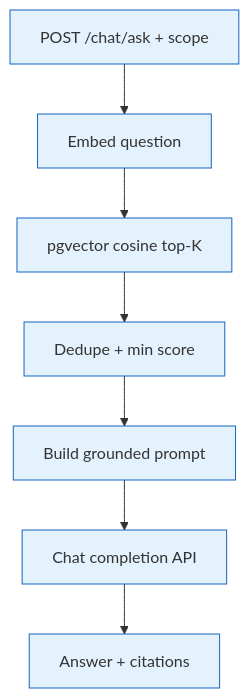
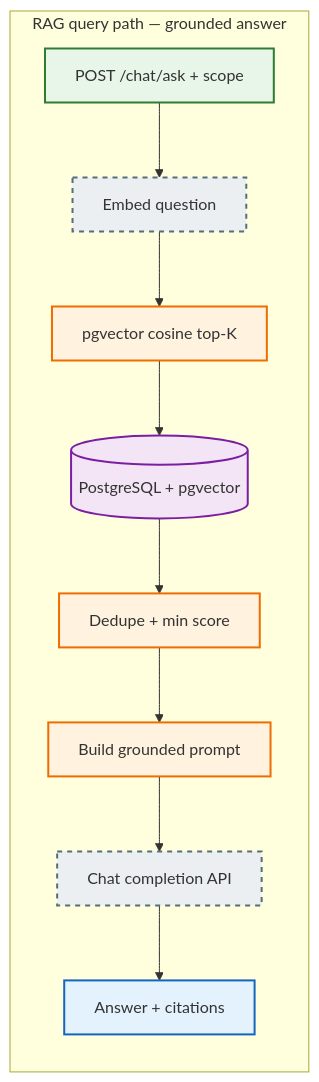
One commit to yeluru/openrag changed the diagram in docs/diagrams/sources/06-rag-query-path.mmd. Above: the diagram before and after it, drawn with Mermaid. The commit also changed 1 other file, not shown here.

Commit message:
mermaid diagram yml update

```diff
--- a/docs/diagrams/sources/06-rag-query-path.mmd
+++ b/docs/diagrams/sources/06-rag-query-path.mmd
@@ -1,9 +1,17 @@
 flowchart TB
-  classDef step fill:#E3F2FD,stroke:#1565C0
+  classDef client fill:#E3F2FD,stroke:#1565C0,stroke-width:2px
+  classDef app fill:#E8F5E9,stroke:#2E7D32,stroke-width:2px
+  classDef domain fill:#FFF3E0,stroke:#EF6C00,stroke-width:2px
+  classDef data fill:#F3E5F5,stroke:#7B1FA2,stroke-width:2px
+  classDef ext fill:#ECEFF1,stroke:#546E7A,stroke-width:2px,stroke-dasharray: 5 5
 
-  ASK["POST /chat/ask + scope"]:::step --> QEMB["Embed question"]:::step
-  QEMB --> VEC["pgvector cosine top-K"]:::step
-  VEC --> POST["Dedupe + min score"]:::step
-  POST --> PROMPT["Build grounded prompt"]:::step
-  PROMPT --> LLM["Chat completion API"]:::step
-  LLM --> RESP["Answer + citations"]:::step
+  subgraph T1["RAG query path — grounded answer"]
+    direction TB
+    ASK["POST /chat/ask + scope"]:::app --> QEMB["Embed question"]:::ext
+    QEMB --> SR["pgvector cosine top-K"]:::domain
+    SR --> VS[("PostgreSQL + pgvector")]:::data
+    VS --> POST["Dedupe + min score"]:::domain
+    POST --> PROMPT["Build grounded prompt"]:::domain
+    PROMPT --> LLM["Chat completion API"]:::ext
+    LLM --> RESP["Answer + citations"]:::client
+  end
```
